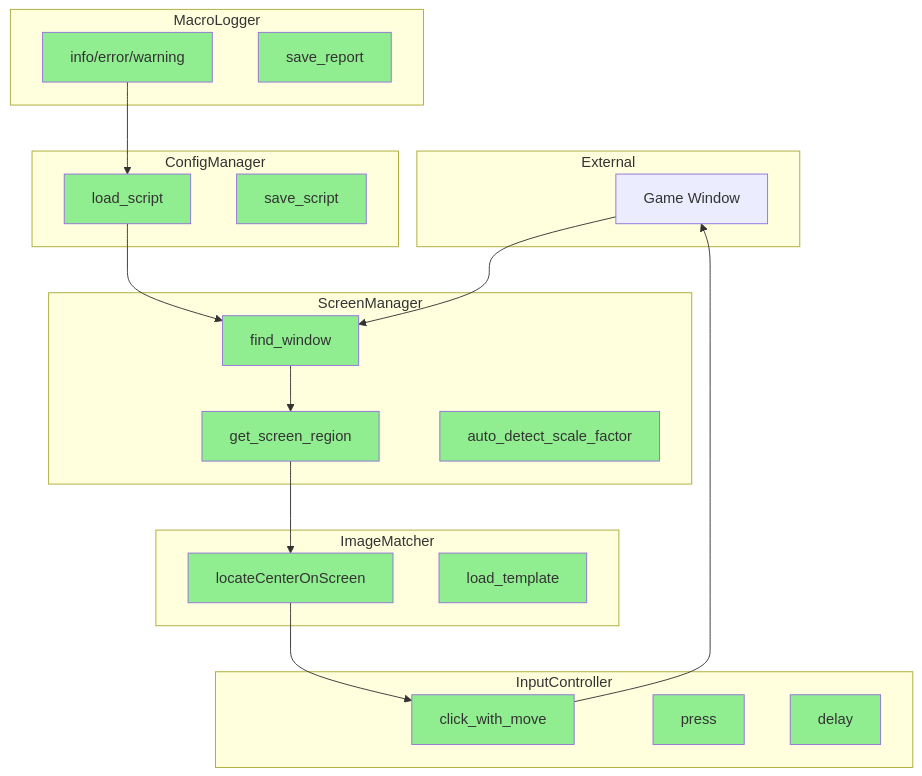
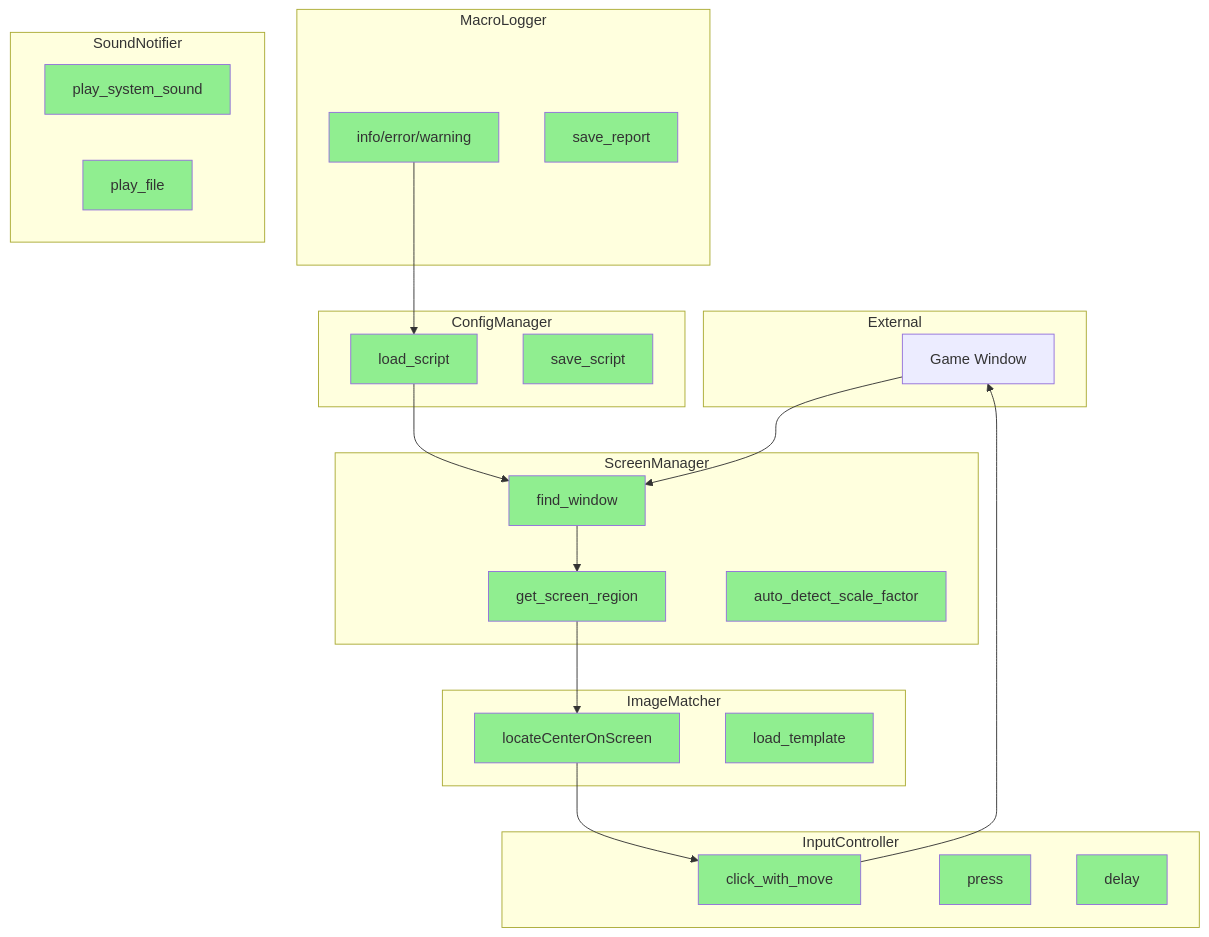
Before and after one commit to Ts-sound/GameMacroAutomation: the first of 3 diagrams in docs/design/core/README.md, drawn with Mermaid. The commit also changed other lines of this file and 7 other files, not shown here.

````diff
--- a/docs/design/core/README.md
+++ b/docs/design/core/README.md
@@ -16,46 +16,51 @@
 ```mermaid
 graph TD
     subgraph External["External"]
         GAME[Game Window]
     end
 
     subgraph ScreenManager
         SM1[find_window]
         SM2[get_screen_region]
         SM3[auto_detect_scale_factor]
     end
 
     subgraph InputController
         IC1[click_with_move]
         IC2[press]
         IC3[delay]
     end
 
     subgraph ImageMatcher
         IM1[locateCenterOnScreen]
         IM2[load_template]
     end
 
     subgraph ConfigManager
         CM1[load_script]
         CM2[save_script]
     end
 
     subgraph MacroLogger
         LOG1[info/error/warning]
         LOG2[save_report]
     end
 
+    subgraph SoundNotifier
+        SN1[play_system_sound]
+        SN2[play_file]
+    end
+
     GAME --> SM1
     SM1 --> SM2
     SM2 --> IM1
     IM1 --> IC1
     IC1 --> GAME
 
     CM1 --> SM1
     LOG1 --> CM1
 
     classDef module fill:#87CEEB
     classDef api fill:#90EE90
-    class SM1,SM2,SM3,IC1,IC2,IC3,IM1,IM2,CM1,CM2,LOG1,LOG2 api
+    class SM1,SM2,SM3,IC1,IC2,IC3,IM1,IM2,CM1,CM2,LOG1,LOG2,SN1,SN2 api
 ```
````
